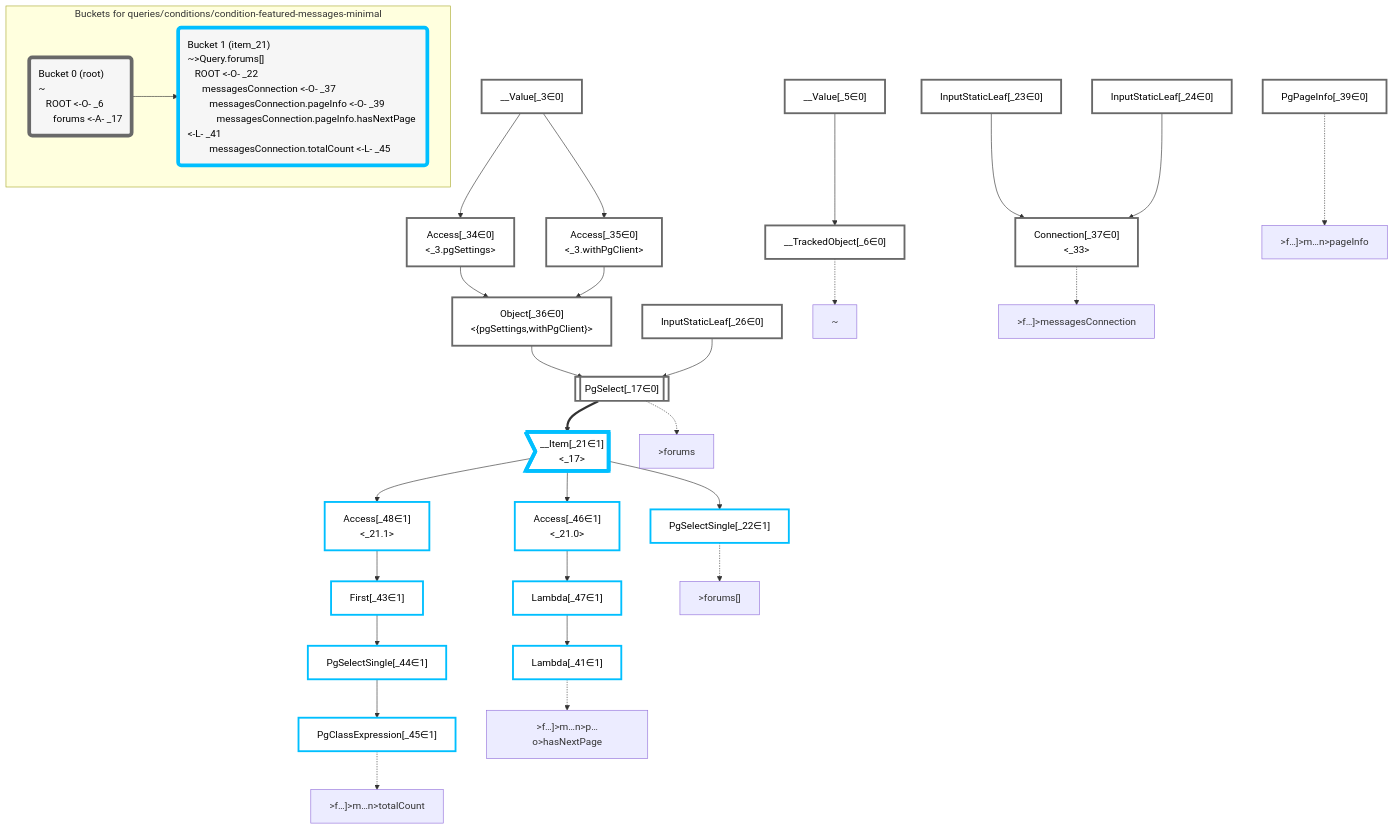
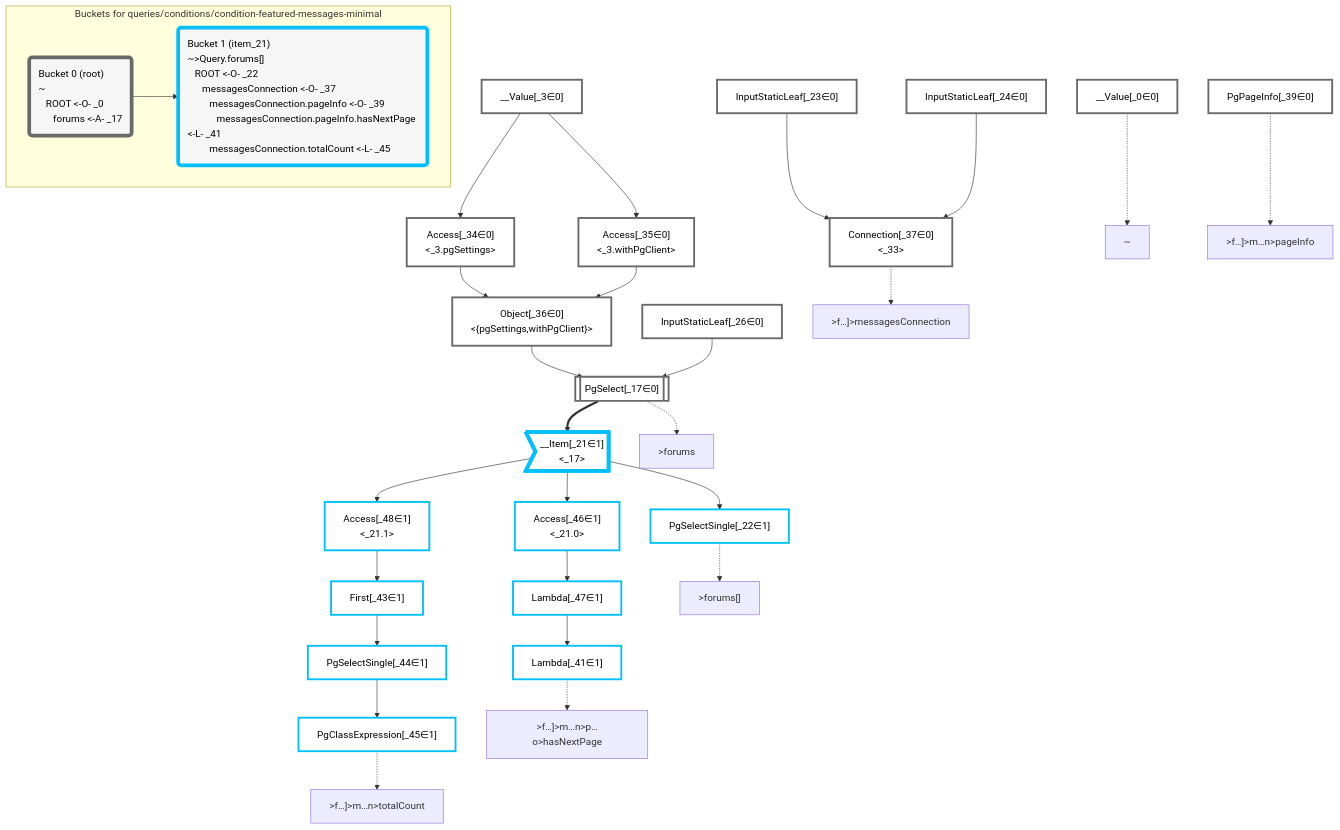
One commit to graphile/crystal changed the diagram in packages/dataplan-pg/__tests__/queries/conditions/condition-featured-messages-minimal.mermaid.md. Above: the diagram before and after it, drawn with Mermaid. The commit also changed 193 other files, not shown here.

Commit message:
Update test plan snapshots with new root plan

````diff
--- a/packages/dataplan-pg/__tests__/queries/conditions/condition-featured-messages-minimal.mermaid.md
+++ b/packages/dataplan-pg/__tests__/queries/conditions/condition-featured-messages-minimal.mermaid.md
@@ -1,82 +1,80 @@
 ```mermaid
 graph TD
     classDef path fill:#eee,stroke:#000,color:#000
     classDef plan fill:#fff,stroke-width:3px,color:#000
     classDef itemplan fill:#fff,stroke-width:6px,color:#000
     classDef sideeffectplan fill:#f00,stroke-width:6px,color:#000
     classDef bucket fill:#f6f6f6,color:#000,stroke-width:6px,text-align:left
 
 
     %% define plans
+    __Value_0["__Value[_0∈0]"]:::plan
     __Value_3["__Value[_3∈0]<br /><context>"]:::plan
-    __Value_5["__Value[_5∈0]<br /><rootValue>"]:::plan
-    __TrackedObject_6["__TrackedObject[_6∈0]"]:::plan
     PgSelect_17[["PgSelect[_17∈0]<br /><forums>"]]:::plan
     __Item_21>"__Item[_21∈1]<br /><_17>"]:::itemplan
     PgSelectSingle_22["PgSelectSingle[_22∈1]<br /><forums>"]:::plan
     InputStaticLeaf_23["InputStaticLeaf[_23∈0]"]:::plan
     InputStaticLeaf_24["InputStaticLeaf[_24∈0]"]:::plan
     InputStaticLeaf_26["InputStaticLeaf[_26∈0]"]:::plan
     Access_34["Access[_34∈0]<br /><_3.pgSettings>"]:::plan
     Access_35["Access[_35∈0]<br /><_3.withPgClient>"]:::plan
     Object_36["Object[_36∈0]<br /><{pgSettings,withPgClient}>"]:::plan
     Connection_37["Connection[_37∈0]<br /><_33>"]:::plan
     PgPageInfo_39["PgPageInfo[_39∈0]"]:::plan
     Lambda_41["Lambda[_41∈1]<br /><listHasMore>"]:::plan
     First_43["First[_43∈1]"]:::plan
     PgSelectSingle_44["PgSelectSingle[_44∈1]<br /><messages>"]:::plan
     PgClassExpression_45["PgClassExpression[_45∈1]<br /><count(*)>"]:::plan
     Access_46["Access[_46∈1]<br /><_21.0>"]:::plan
     Lambda_47["Lambda[_47∈1]"]:::plan
     Access_48["Access[_48∈1]<br /><_21.1>"]:::plan
 
     %% plan dependencies
-    __Value_5 --> __TrackedObject_6
     Object_36 --> PgSelect_17
     InputStaticLeaf_26 --> PgSelect_17
     PgSelect_17 ==> __Item_21
     __Item_21 --> PgSelectSingle_22
     __Value_3 --> Access_34
     __Value_3 --> Access_35
     Access_34 --> Object_36
     Access_35 --> Object_36
     InputStaticLeaf_23 --> Connection_37
     InputStaticLeaf_24 --> Connection_37
     Lambda_47 --> Lambda_41
     Access_48 --> First_43
     First_43 --> PgSelectSingle_44
     PgSelectSingle_44 --> PgClassExpression_45
     __Item_21 --> Access_46
     Access_46 --> Lambda_47
     __Item_21 --> Access_48
 
     %% plan-to-path relationships
-    P_6["~"]
-    __TrackedObject_6 -.-> P_6
+    P_0["~"]
+    __Value_0 -.-> P_0
     P_17[">forums"]
     PgSelect_17 -.-> P_17
     P_22[">forums[]"]
     PgSelectSingle_22 -.-> P_22
     P_37[">f…]>messagesConnection"]
     Connection_37 -.-> P_37
     P_39[">f…]>m…n>pageInfo"]
     PgPageInfo_39 -.-> P_39
     P_41[">f…]>m…n>p…o>hasNextPage"]
     Lambda_41 -.-> P_41
     P_45[">f…]>m…n>totalCount"]
     PgClassExpression_45 -.-> P_45
 
     %% allocate buckets
     classDef bucket0 stroke:#696969
-    class __Value_3,__Value_5,__TrackedObject_6,PgSelect_17,InputStaticLeaf_23,InputStaticLeaf_24,InputStaticLeaf_26,Access_34,Access_35,Object_36,Connection_37,PgPageInfo_39 bucket0
+    class __Value_0,__Value_3,PgSelect_17,InputStaticLeaf_23,InputStaticLeaf_24,InputStaticLeaf_26,Access_34,Access_35,Object_36,Connection_37,PgPageInfo_39 bucket0
     classDef bucket1 stroke:#00bfff
     class __Item_21,PgSelectSingle_22,Lambda_41,First_43,PgSelectSingle_44,PgClassExpression_45,Access_46,Lambda_47,Access_48 bucket1
 
     subgraph "Buckets for queries/conditions/condition-featured-messages-minimal"
-    Bucket0("Bucket 0 (root)<br />~<br />⠀ROOT <-O- _6<br />⠀⠀forums <-A- _17"):::bucket
+    Bucket0("Bucket 0 (root)<br />~<br />⠀ROOT <-O- _0<br />⠀⠀forums <-A- _17"):::bucket
     style Bucket0 stroke:#696969
     Bucket1("Bucket 1 (item_21)<br />~>Query.forums[]<br />⠀ROOT <-O- _22<br />⠀⠀messagesConnection <-O- _37<br />⠀⠀⠀messagesConnection.pageInfo <-O- _39<br />⠀⠀⠀⠀messagesConnection.pageInfo.hasNextPage <-L- _41<br />⠀⠀⠀messagesConnection.totalCount <-L- _45"):::bucket
     style Bucket1 stroke:#00bfff
     Bucket0 --> Bucket1
     end
 ```
````
